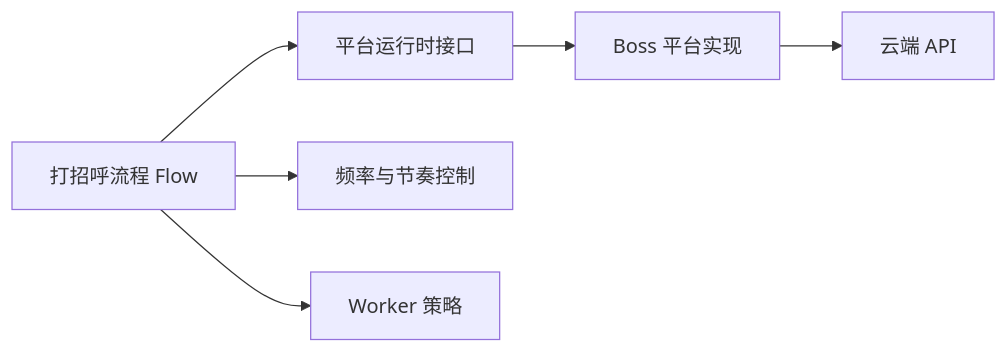
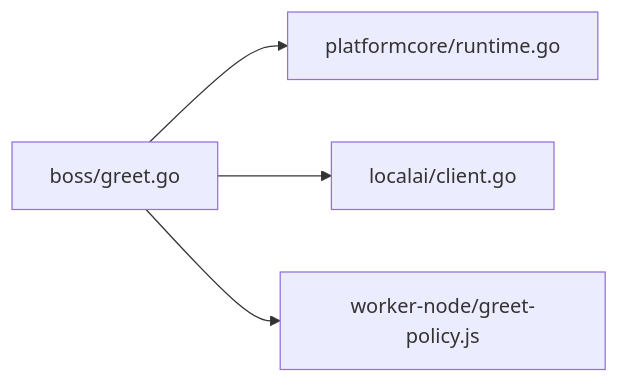
Before and after one commit to alvinwangzi/goodhr: the seventh of 7 diagrams in .qoder/repowiki/zh/content/本地执行器/平台适配器/Boss直聘适配器/自动问候系统.md, drawn with Mermaid. The commit also changed other lines of this file and 149 other files, not shown here.

````diff
--- a/.qoder/repowiki/zh/content/本地执行器/平台适配器/Boss直聘适配器/自动问候系统.md
+++ b/.qoder/repowiki/zh/content/本地执行器/平台适配器/Boss直聘适配器/自动问候系统.md
@@ -257,8 +257,6 @@
 ```mermaid
 graph LR
-Flow["打招呼流程 Flow"] --> RTI["平台运行时接口"]
-RTI --> Boss["Boss 平台实现"]
-Boss --> API["云端 API"]
-Flow --> Pace["频率与节奏控制"]
-Flow --> Policy["Worker 策略"]
+Boss["boss/greet.go"] --> Core["platformcore/runtime.go"]
+Boss --> AI["localai/client.go"]
+Boss --> Policy["worker-node/greet-policy.js"]
 ```
````
